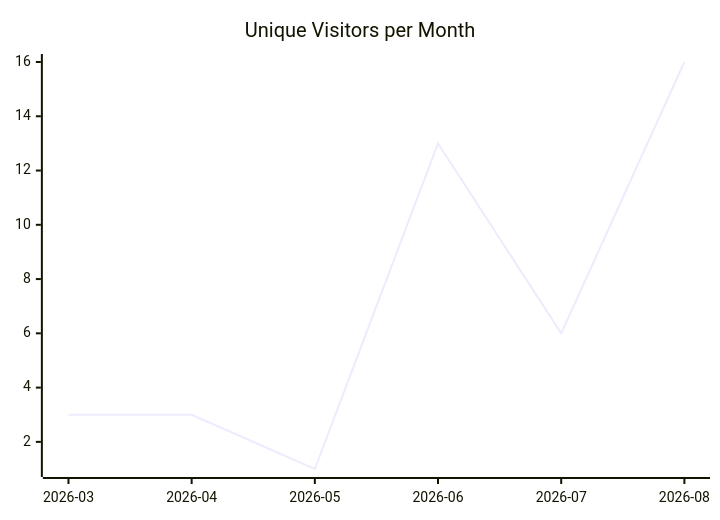
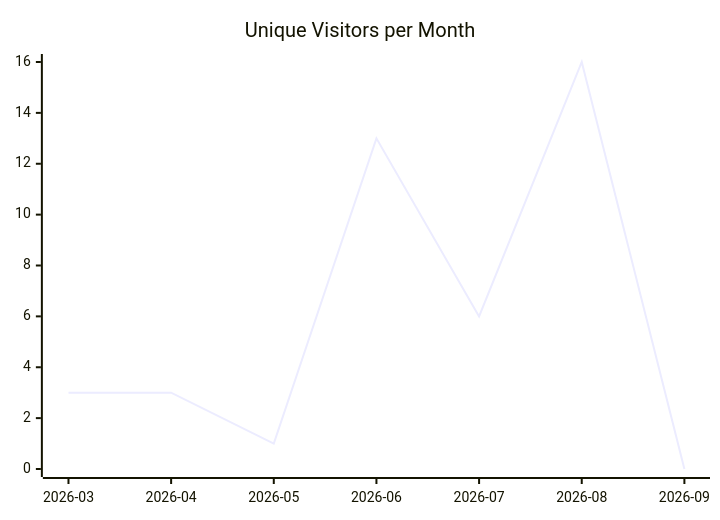
Before and after one commit to justdavis-family/github-analytics-data: the first of 3 diagrams in karlmdavis/rps-tourney/README.md, drawn with Mermaid. The commit also changed other lines of this file and 191 other files, not shown here.

````diff
--- a/karlmdavis/rps-tourney/README.md
+++ b/karlmdavis/rps-tourney/README.md
@@ -5,6 +5,6 @@
 ```mermaid
 xychart-beta
   title "Unique Visitors per Month"
-  x-axis ["2026-03", "2026-04", "2026-05", "2026-06", "2026-07", "2026-08"]
-  line [3, 3, 1, 13, 6, 16]
+  x-axis ["2026-03", "2026-04", "2026-05", "2026-06", "2026-07", "2026-08", "2026-09"]
+  line [3, 3, 1, 13, 6, 16, 0]
 ```
````
